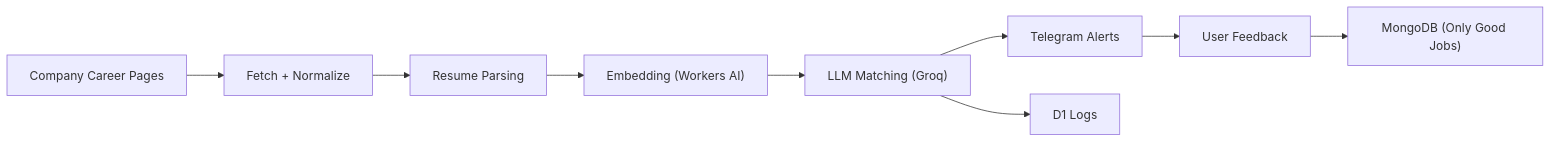
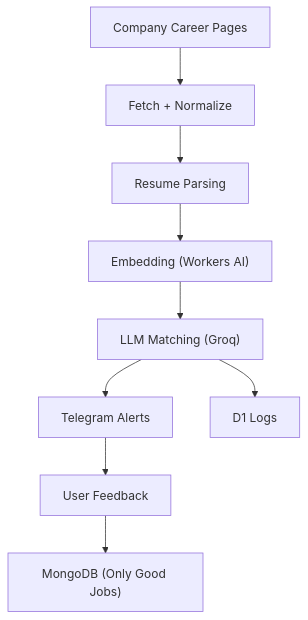
One commit to 10billionpercent/cf_ai_sibyl changed the diagram in README.md. Above: the diagram before and after it, drawn with Mermaid. The commit also changed other lines of this file, not shown here.

Commit message:
fix inline link and mermaid diagram in  README.md

````diff
--- a/README.md
+++ b/README.md
@@ -28,11 +28,11 @@
 ```mermaid
-flowchart LR
+flowchart TD
   A["Company Career Pages"] --> B["Fetch + Normalize"]
   B --> C["Resume Parsing"]
   C --> D["Embedding (Workers AI)"]
   D --> E["LLM Matching (Groq)"]
   E --> F["Telegram Alerts"]
   E --> G["D1 Logs"]
   F --> H["User Feedback"]
   H --> I["MongoDB (Only Good Jobs)"]
 ```
````
